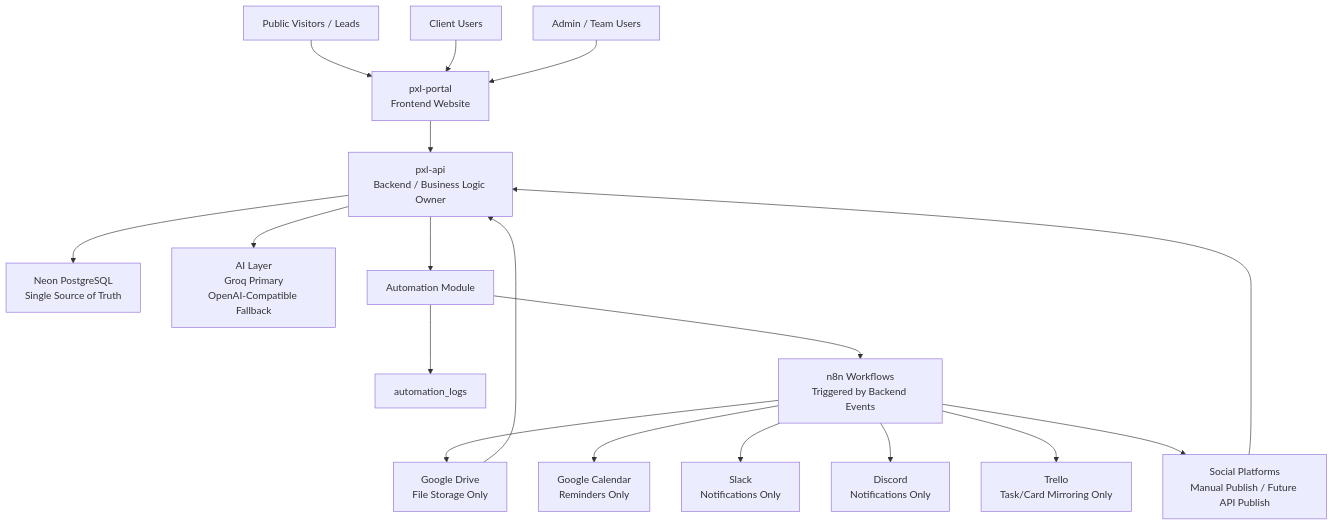
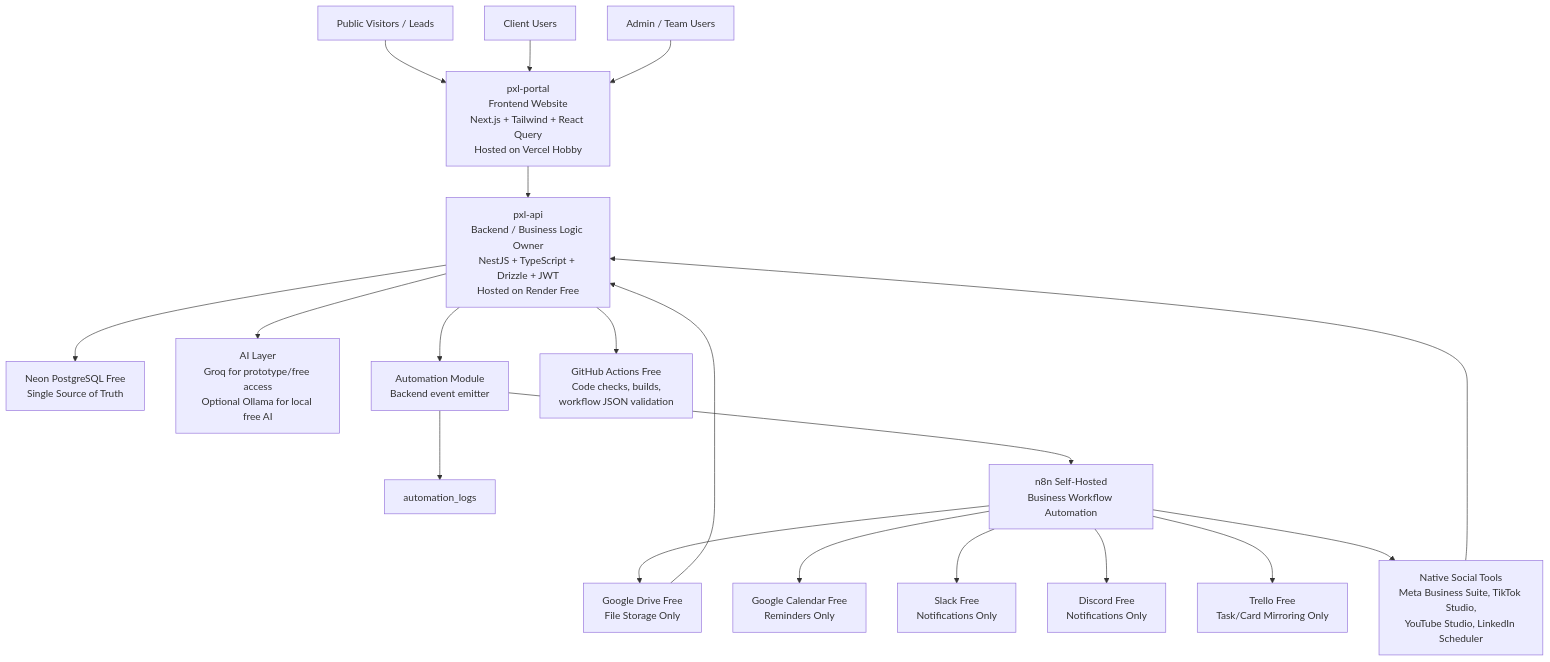
One commit to pxl-lgp/.github changed the second of 6 diagrams in profile/README.md. Above: the diagram before and after it, drawn with Mermaid. The commit also changed other lines of this file, not shown here.

Commit message:
Enhance README.md with detailed architecture tools, workflow automation, and free tool resources

````diff
--- a/profile/README.md
+++ b/profile/README.md
@@ -198,24 +211,25 @@
 ```mermaid
 flowchart TB
-  Public["Public Visitors / Leads"] --> Portal["pxl-portal<br/>Frontend Website"]
+  Public["Public Visitors / Leads"] --> Portal["pxl-portal<br/>Frontend Website<br/>Next.js + Tailwind + React Query<br/>Hosted on Vercel Hobby"]
   Client["Client Users"] --> Portal
   Team["Admin / Team Users"] --> Portal
 
-  Portal --> API["pxl-api<br/>Backend / Business Logic Owner"]
-  API --> DB["Neon PostgreSQL<br/>Single Source of Truth"]
+  Portal --> API["pxl-api<br/>Backend / Business Logic Owner<br/>NestJS + TypeScript + Drizzle + JWT<br/>Hosted on Render Free"]
+  API --> DB["Neon PostgreSQL Free<br/>Single Source of Truth"]
 
-  API --> AI["AI Layer<br/>Groq Primary<br/>OpenAI-Compatible Fallback"]
-  API --> Automation["Automation Module"]
+  API --> AI["AI Layer<br/>Groq for prototype/free access<br/>Optional Ollama for local free AI"]
+  API --> Automation["Automation Module<br/>Backend event emitter"]
   Automation --> Logs["automation_logs"]
-  Automation --> N8N["n8n Workflows<br/>Triggered by Backend Events"]
+  Automation --> N8N["n8n Self-Hosted<br/>Business Workflow Automation"]
+  API --> GHA["GitHub Actions Free<br/>Code checks, builds,<br/>workflow JSON validation"]
 
-  N8N --> Drive["Google Drive<br/>File Storage Only"]
-  N8N --> Calendar["Google Calendar<br/>Reminders Only"]
-  N8N --> Slack["Slack<br/>Notifications Only"]
-  N8N --> Discord["Discord<br/>Notifications Only"]
-  N8N --> Trello["Trello<br/>Task/Card Mirroring Only"]
-  N8N --> Social["Social Platforms<br/>Manual Publish / Future API Publish"]
+  N8N --> Drive["Google Drive Free<br/>File Storage Only"]
+  N8N --> Calendar["Google Calendar Free<br/>Reminders Only"]
+  N8N --> Slack["Slack Free<br/>Notifications Only"]
+  N8N --> Discord["Discord Free<br/>Notifications Only"]
+  N8N --> Trello["Trello Free<br/>Task/Card Mirroring Only"]
+  N8N --> Social["Native Social Tools<br/>Meta Business Suite, TikTok Studio,<br/>YouTube Studio, LinkedIn Scheduler"]
 
   Drive --> API
   Social --> API
 ```
````
